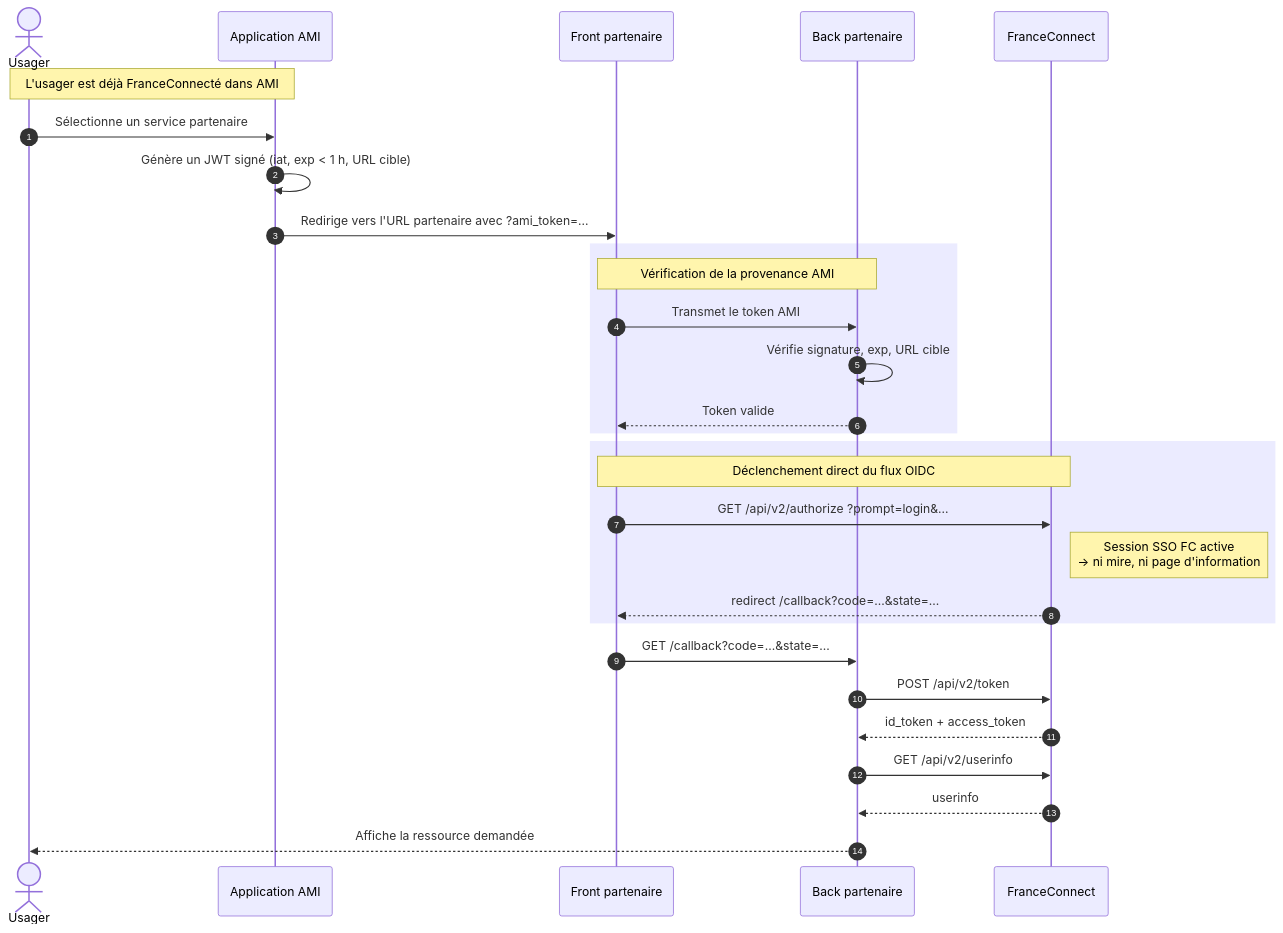
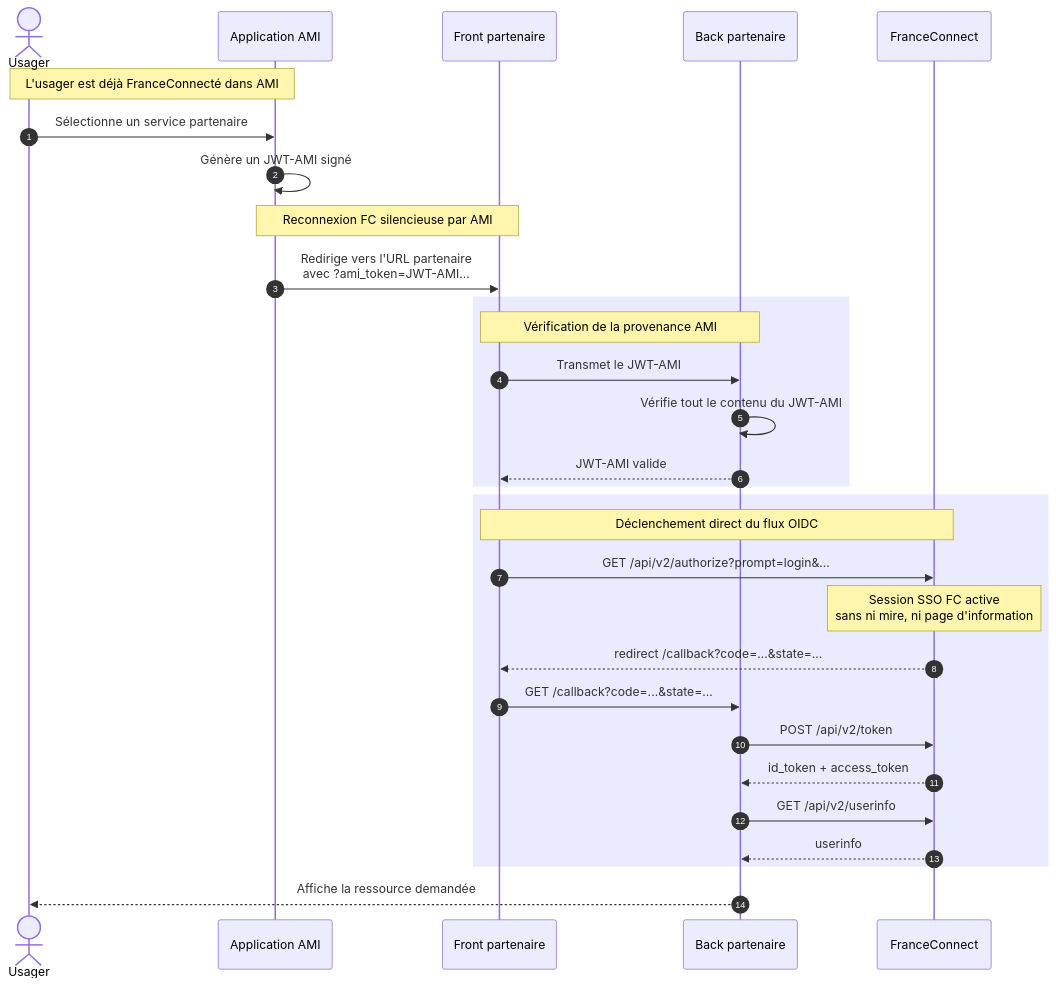
One commit to numerique-gouv/ami-system-tests changed the first of 2 diagrams in site/content/fr/intégrations_partenaires/france-connexion-direct.md. Above: the diagram before and after it, drawn with Mermaid. The commit also changed other lines of this file, not shown here.

````diff
--- a/site/content/fr/intégrations_partenaires/france-connexion-direct.md
+++ b/site/content/fr/intégrations_partenaires/france-connexion-direct.md
@@ -94,35 +99,35 @@
 ```mermaid
 sequenceDiagram
     autonumber
     actor U as Usager
     participant AMI as Application AMI
     participant PFront as Front partenaire
     participant PBack as Back partenaire
     participant FC as FranceConnect
 
     Note over U,AMI: L'usager est déjà FranceConnecté dans AMI
     U->>AMI: Sélectionne un service partenaire
-    AMI->>AMI: Génère un JWT signé (iat, exp < 1 h, URL cible)
-    AMI->>PFront: Redirige vers l'URL partenaire avec ?ami_token=...
+    AMI->>AMI: Génère un JWT-AMI signé
+    Note over AMI,PFront: Reconnexion FC silencieuse par AMI
+    AMI->>PFront: Redirige vers l'URL partenaire<br/> avec ?ami_token=JWT-AMI...
 
     rect rgba(0, 0, 255, 0.08)
     Note over PFront,PBack: Vérification de la provenance AMI
-    PFront->>PBack: Transmet le token AMI
-    PBack->>PBack: Vérifie signature, exp, URL cible
-    PBack-->>PFront: Token valide
+    PFront->>PBack: Transmet le JWT-AMI
+    PBack->>PBack: Vérifie tout le contenu du JWT-AMI
+    PBack-->>PFront: JWT-AMI valide
     end
 
     rect rgba(0, 0, 255, 0.08)
     Note over PFront,FC: Déclenchement direct du flux OIDC
-    PFront->>FC: GET /api/v2/authorize ?prompt=login&...
-    Note right of FC: Session SSO FC active<br/>→ ni mire, ni page d'information
+    PFront->>FC: GET /api/v2/authorize?prompt=login&...
+    Note over FC: Session SSO FC active<br/>sans ni mire, ni page d'information
     FC-->>PFront: redirect /callback?code=...&state=...
-    end
-
     PFront->>PBack: GET /callback?code=...&state=...
     PBack->>FC: POST /api/v2/token
     FC-->>PBack: id_token + access_token
     PBack->>FC: GET /api/v2/userinfo
     FC-->>PBack: userinfo
+    end
     PBack-->>U: Affiche la ressource demandée
 ```
````
